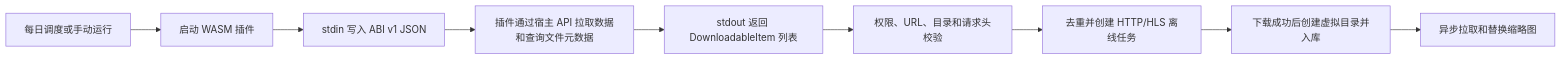
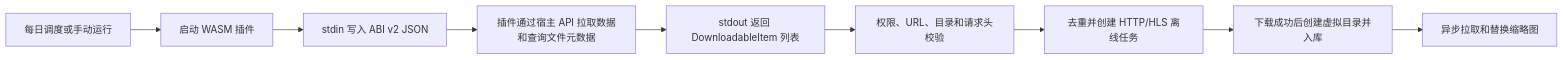
One commit to H2SYJ/MyObj changed the diagram in docs/plugin-development.md. Above: the diagram before and after it, drawn with Mermaid. The commit also changed other lines of this file and 92 other files, not shown here.

````diff
--- a/docs/plugin-development.md
+++ b/docs/plugin-development.md
@@ -9,11 +9,11 @@
 ```mermaid
 flowchart LR
     A["每日调度或手动运行"] --> B["启动 WASM 插件"]
-    B --> C["stdin 写入 ABI v1 JSON"]
+    B --> C["stdin 写入 ABI v2 JSON"]
     C --> D["插件通过宿主 API 拉取数据和查询文件元数据"]
     D --> E["stdout 返回 DownloadableItem 列表"]
     E --> F["权限、URL、目录和请求头校验"]
     F --> G["去重并创建 HTTP/HLS 离线任务"]
     G --> H["下载成功后创建虚拟目录并入库"]
     H --> I["异步拉取和替换缩略图"]
 ```
````
